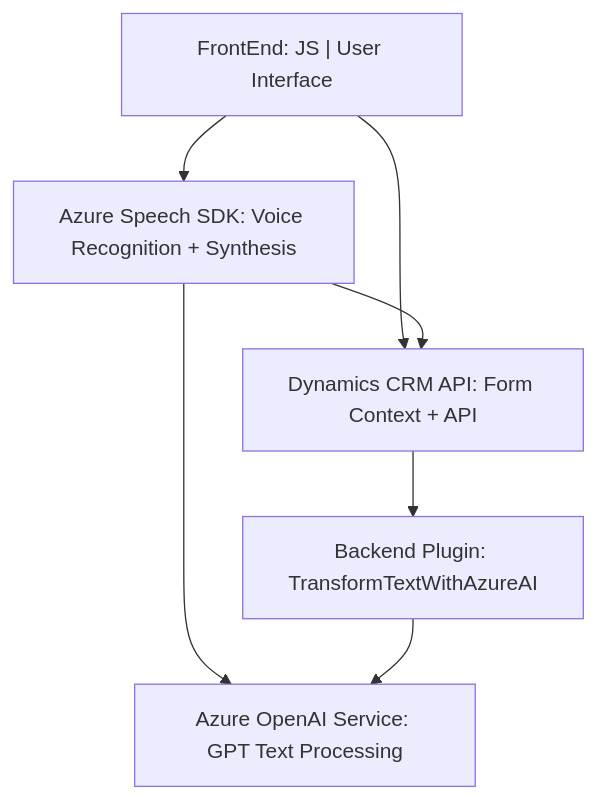
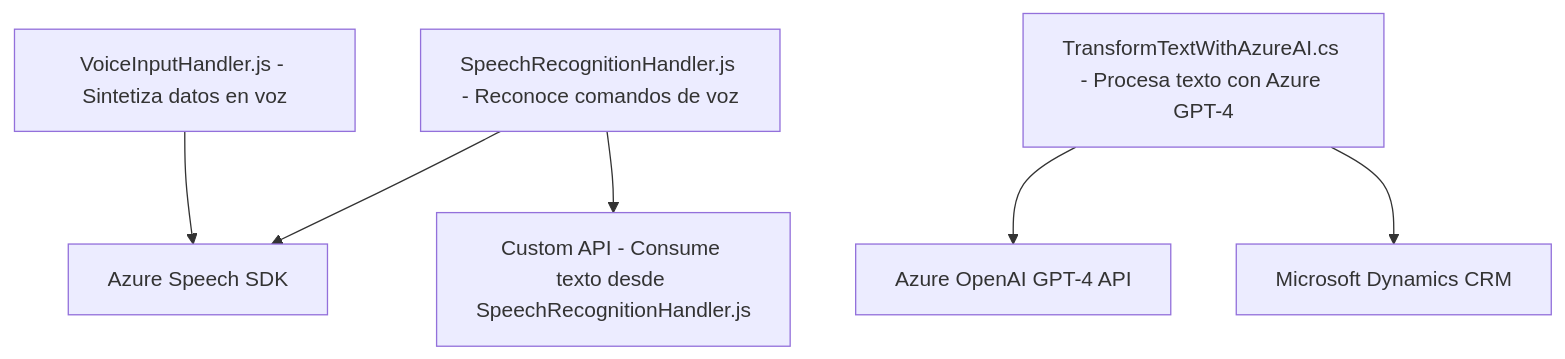
Before and after one commit to blopezdm/NETCORE_BILBAO2025: the diagram in README.md, drawn with Mermaid. The commit also changed other lines of this file, not shown here.

Commit message:
Actualizar análisis global de la solución con IA

````diff
--- a/README.md
+++ b/README.md
@@ -39,15 +46,16 @@
 ```mermaid
 graph TD
-    A["FrontEnd: JS | User Interface"]
-    B["Azure Speech SDK: Voice Recognition + Synthesis"]
-    C["Dynamics CRM API: Form Context + API"]
-    D["Backend Plugin: TransformTextWithAzureAI"]
-    E["Azure OpenAI Service: GPT Text Processing"]
-    
-    A --> B
-    A --> C
-    B --> C
-    B --> E
-    C --> D
-    D --> E
+    A["VoiceInputHandler.js - Sintetiza datos en voz"]
+    B["SpeechRecognitionHandler.js - Reconoce comandos de voz"]
+    C["TransformTextWithAzureAI.cs - Procesa texto con Azure GPT-4"]
+    D["Azure Speech SDK"]
+    E["Azure OpenAI GPT-4 API"]
+    F["Microsoft Dynamics CRM"]
+    G["Custom API - Consume texto desde SpeechRecognitionHandler.js"]
+
+    A --> D
+    B --> D
+    B --> G
+    C --> E
+    C --> F
 ```
````
